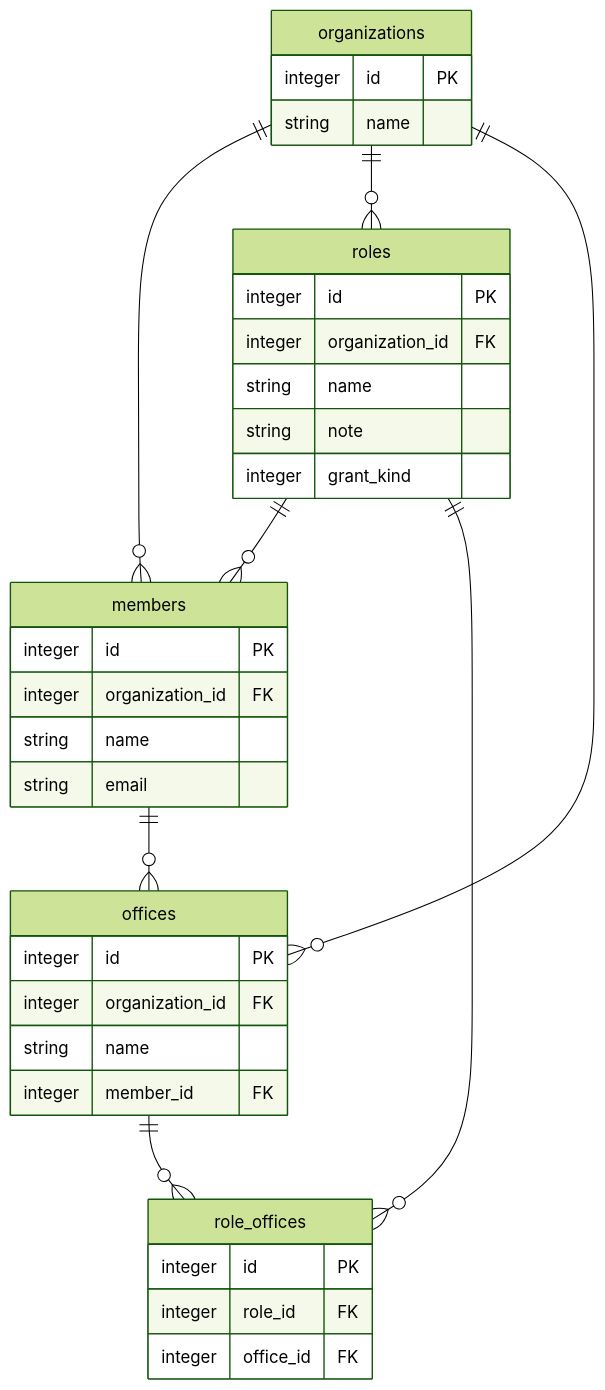
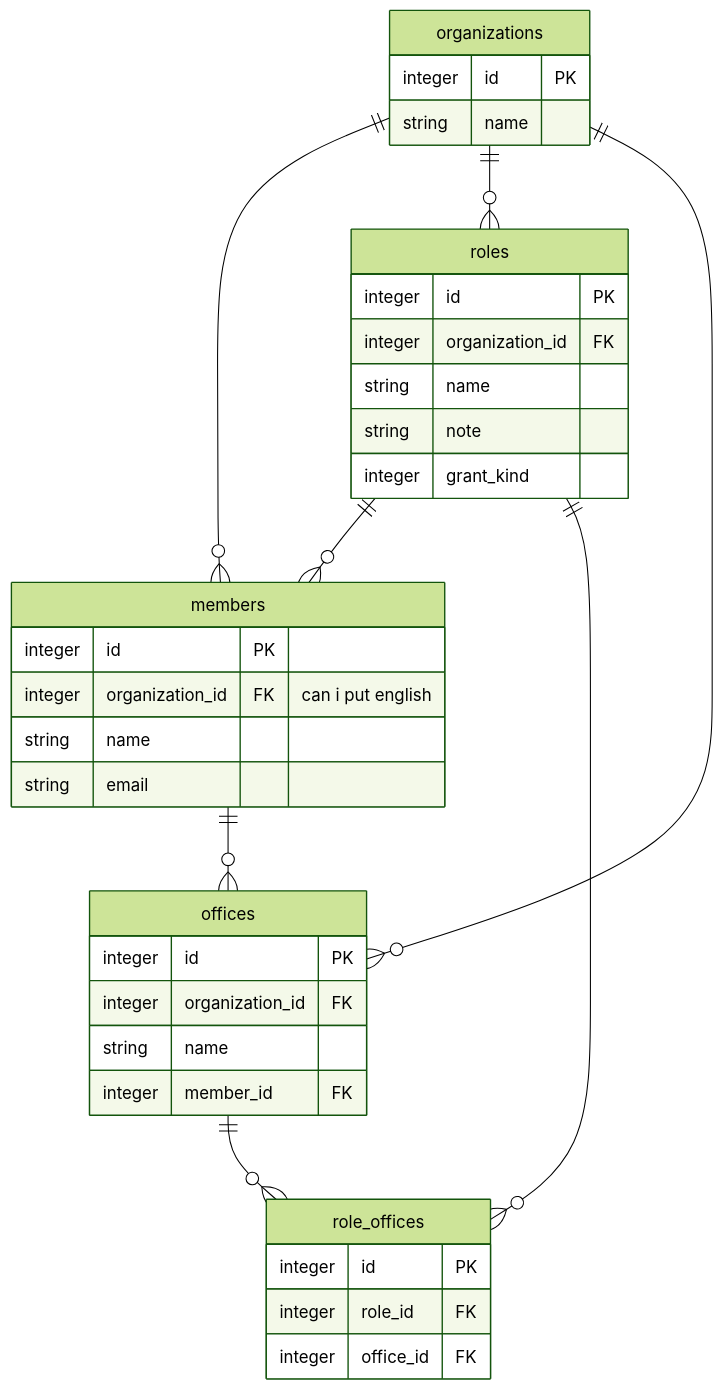
The diagram in er.md (takesoo/mermaid), drawn with Mermaid (forest theme) before and after one commit.

````diff
--- a/er.md
+++ b/er.md
@@ -1,45 +1,45 @@
 ```mermaid
 erDiagram
 
 organizations {
   integer id PK
   string name
 }
 
 members {
   integer id PK
-  integer organization_id FK
+  integer organization_id FK "can i put english"
   string name
   string email
 }
 
 roles {
   integer id PK
   integer organization_id FK
   string name
   string note
   integer grant_kind
 }
 
 offices {
   integer id PK
   integer organization_id FK
   string name
   integer member_id FK
 }
 
 role_offices {
   integer id PK
   integer role_id FK
   integer office_id FK
 }
 
 organizations ||--o{ members: ""
 organizations ||--o{ roles: ""
 organizations ||--o{ offices: ""
 roles ||--o{ members: ""
 roles ||--o{ role_offices: ""
 offices ||--o{ role_offices: ""
 members ||--o{ offices: ""
 
 ```
````
